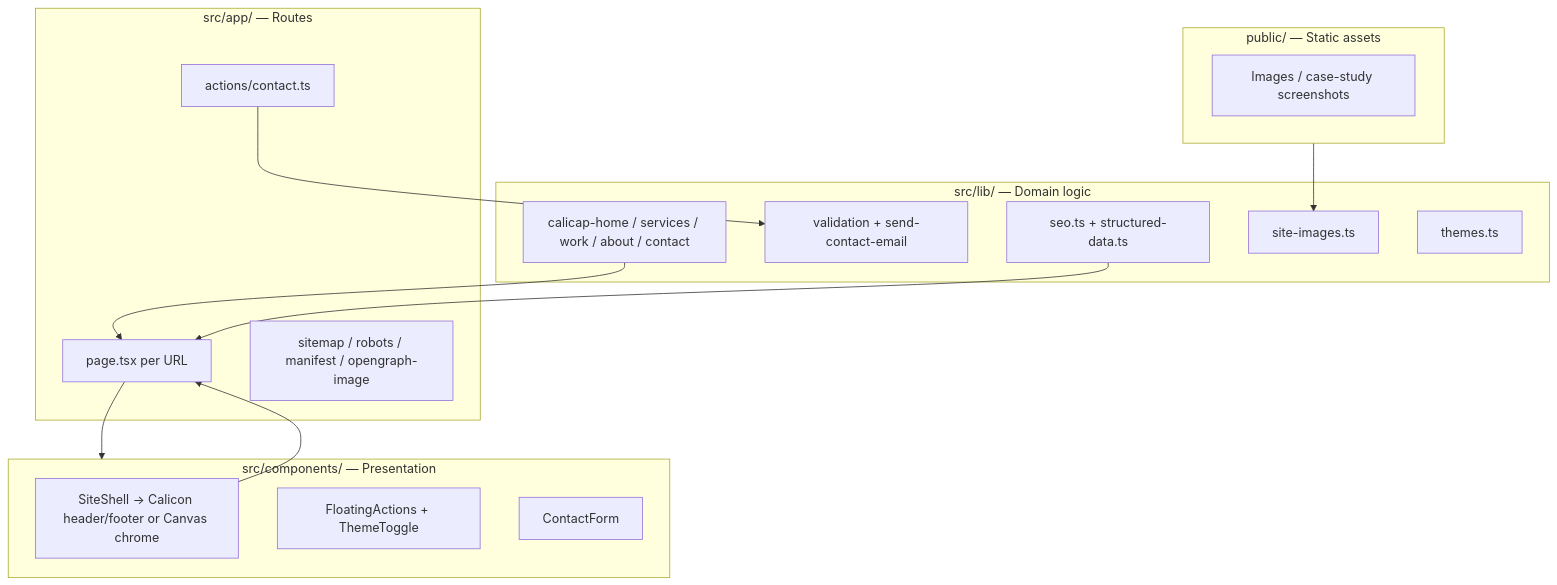
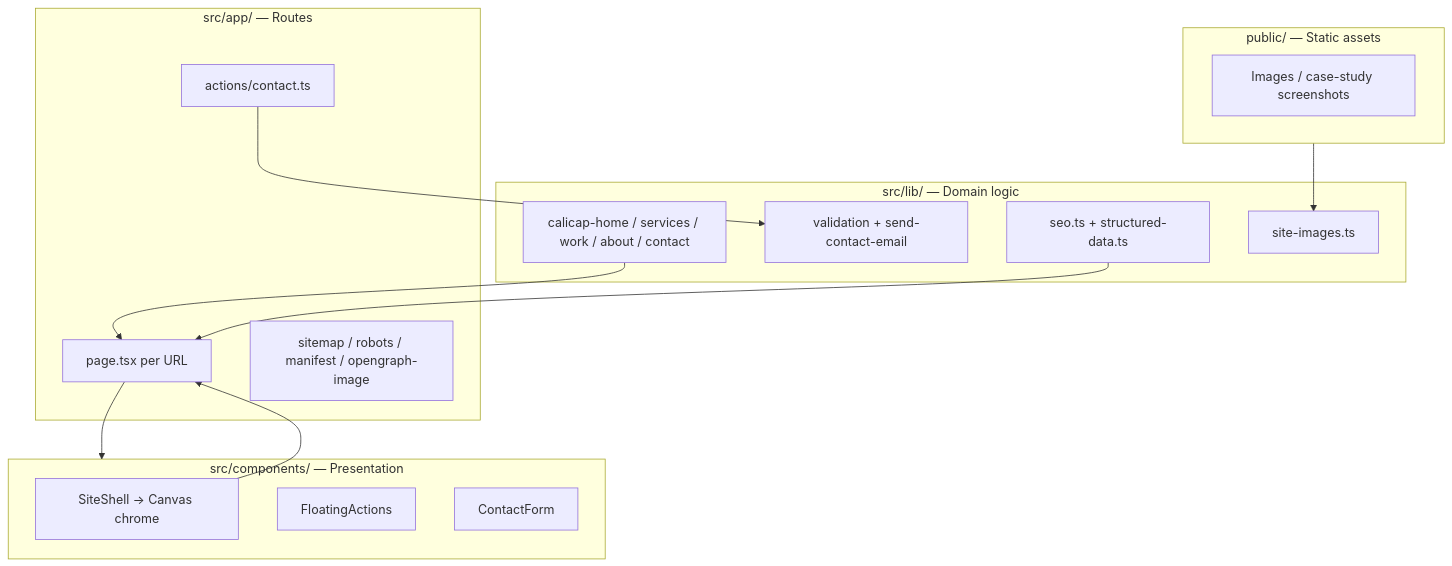
The diagram in architecture.md (akki2256/calicapltd), drawn with Mermaid before and after one commit. The commit also changed other lines of this file and 70 other files, not shown here.

````diff
--- a/architecture.md
+++ b/architecture.md
@@ -38,33 +38,32 @@
 ```mermaid
 flowchart TB
   subgraph public_layer [public/ — Static assets]
     Images[Images / case-study screenshots]
   end
 
   subgraph lib_layer [src/lib/ — Domain logic]
     Data[calicap-home / services / work / about / contact]
     ImagesMod[site-images.ts]
     SEO[seo.ts + structured-data.ts]
     Contact[validation + send-contact-email]
-    Themes[themes.ts]
   end
 
   subgraph app_layer [src/app/ — Routes]
     Pages[page.tsx per URL]
     Actions[actions/contact.ts]
     Meta[sitemap / robots / manifest / opengraph-image]
   end
 
   subgraph ui_layer [src/components/ — Presentation]
-    Shell[SiteShell → Calicon header/footer or Canvas chrome]
-    Float[FloatingActions + ThemeToggle]
+    Shell[SiteShell → Canvas chrome]
+    Float[FloatingActions]
     Form[ContactForm]
   end
 
   public_layer --> ImagesMod
   Data --> Pages
   SEO --> Pages
   Pages --> ui_layer
   Shell --> Pages
   Actions --> Contact
 ```
````
